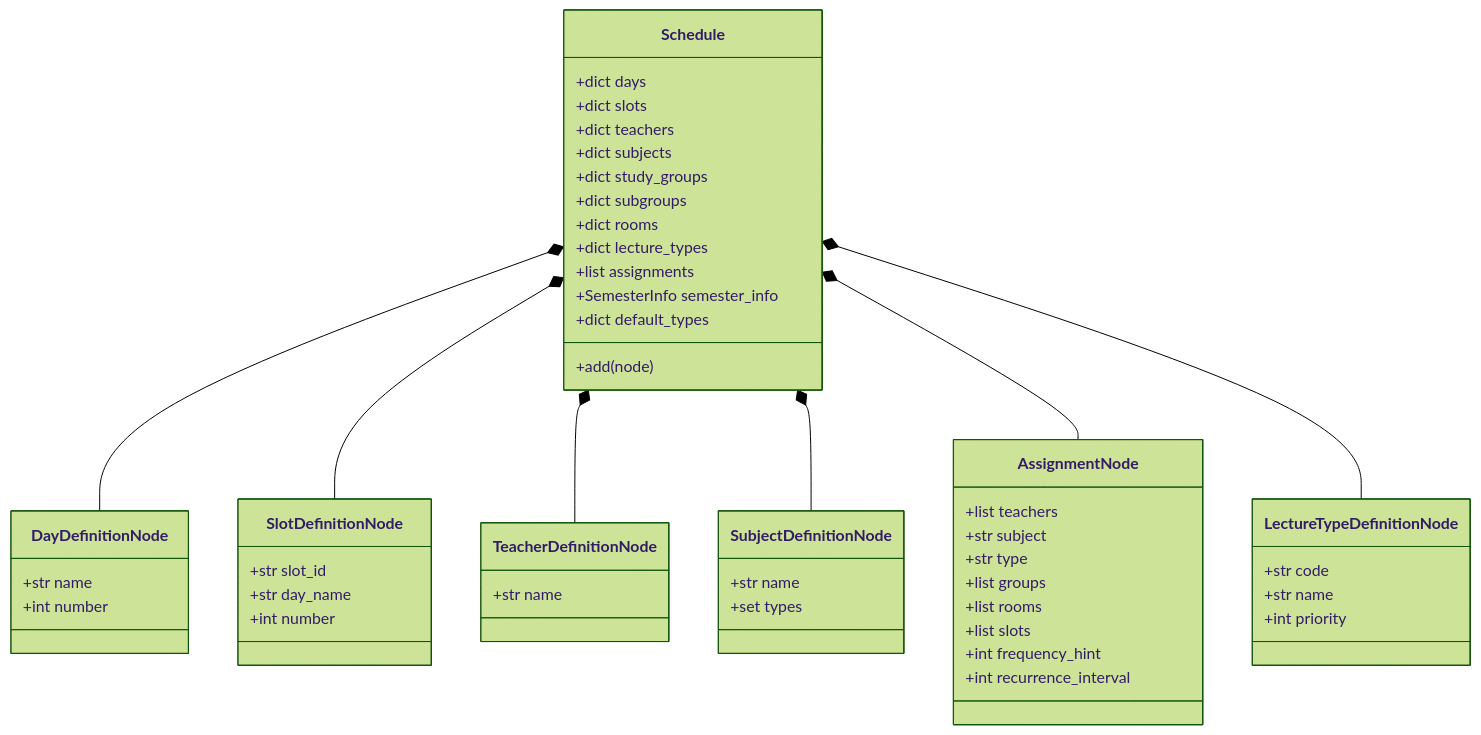
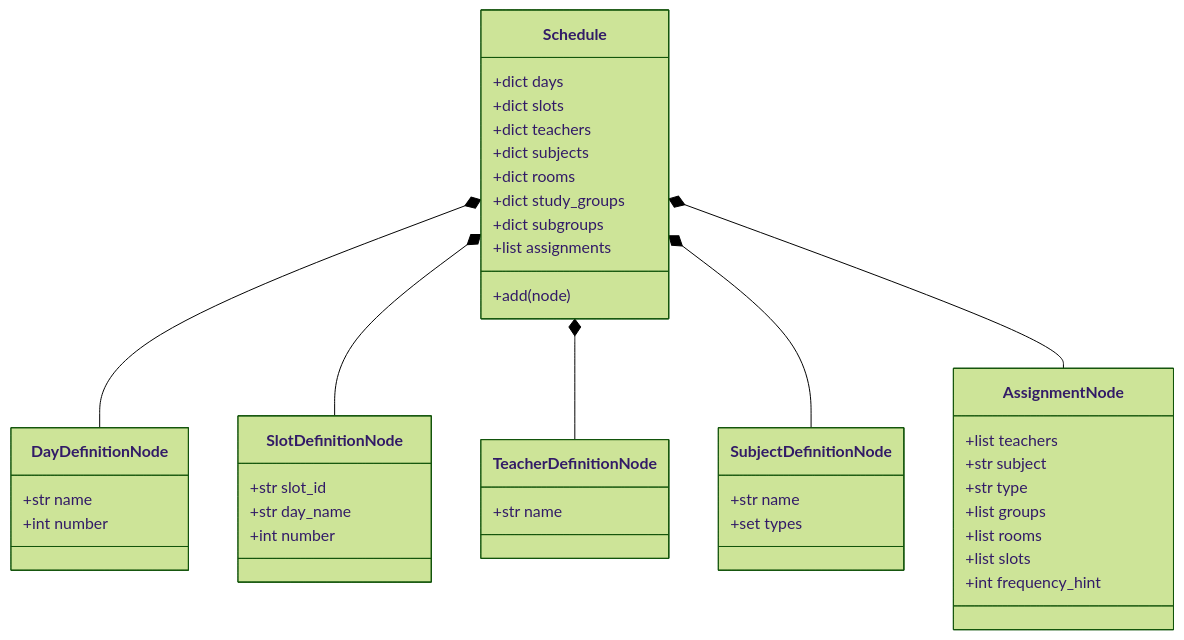
One commit to ezajko/tt2gwscal-sync changed the third of 8 diagrams in discussion.md. Above: the diagram before and after it, drawn with Mermaid (forest theme). The commit also changed other lines of this file, not shown here.

````diff
--- a/discussion.md
+++ b/discussion.md
@@ -676,61 +483,50 @@
 ```mermaid
 classDiagram
     class Schedule {
         +dict days
         +dict slots
         +dict teachers
         +dict subjects
+        +dict rooms
         +dict study_groups
         +dict subgroups
-        +dict rooms
-        +dict lecture_types
         +list assignments
-        +SemesterInfo semester_info
-        +dict default_types
         +add(node)
     }
 
     class DayDefinitionNode {
         +str name
         +int number
     }
 
     class SlotDefinitionNode {
         +str slot_id
         +str day_name
         +int number
     }
 
     class TeacherDefinitionNode {
         +str name
     }
 
     class SubjectDefinitionNode {
         +str name
         +set types
     }
 
     class AssignmentNode {
         +list teachers
         +str subject
         +str type
         +list groups
         +list rooms
         +list slots
         +int frequency_hint
-        +int recurrence_interval
-    }
-
-    class LectureTypeDefinitionNode {
-        +str code
-        +str name
-        +int priority
     }
 
     Schedule *-- DayDefinitionNode
     Schedule *-- SlotDefinitionNode
     Schedule *-- TeacherDefinitionNode
     Schedule *-- SubjectDefinitionNode
     Schedule *-- AssignmentNode
-    Schedule *-- LectureTypeDefinitionNode
 ```
````
